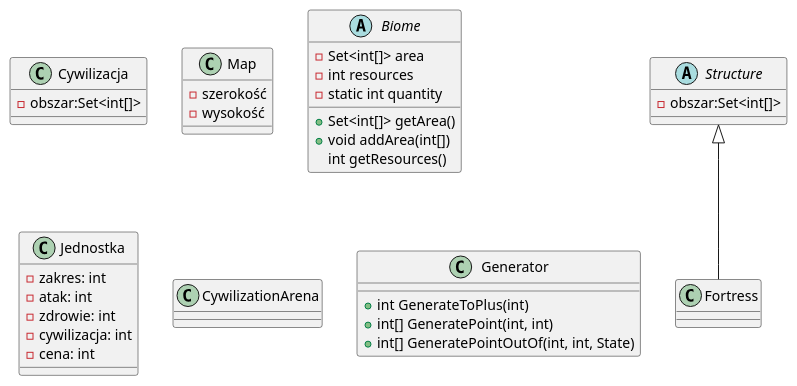
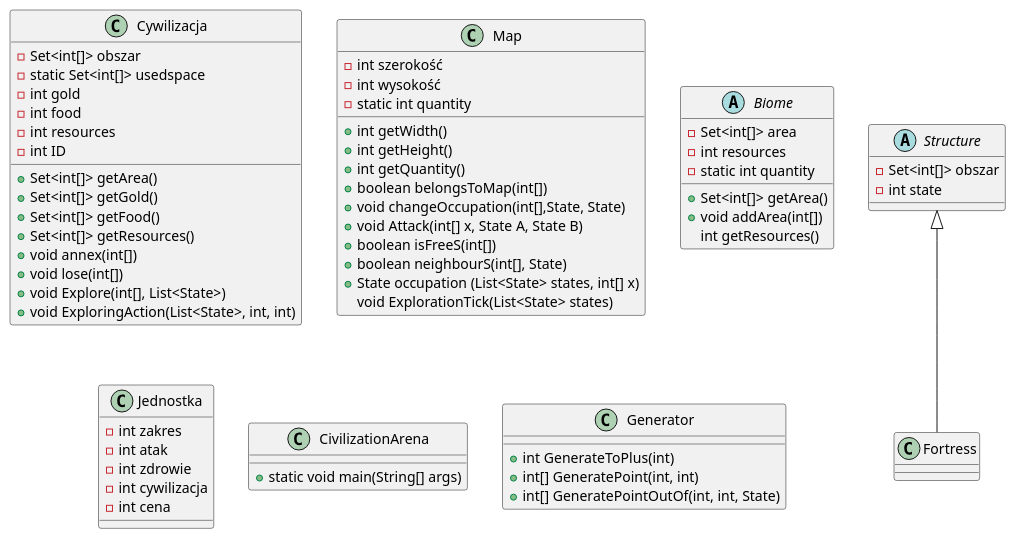
Before and after one commit to MiloszCzaniecki/CivilizationArena: the diagram in src/Diagramyklas.puml, drawn with PlantUML. The commit also changed 1 other file, not shown here.

```diff
--- a/src/Diagramyklas.puml
+++ b/src/Diagramyklas.puml
@@ -1,40 +1,72 @@
 @startuml
 'https://plantuml.com/class-diagram
 
 abstract class Structure
-Structure : -obszar:Set<int[]>
+Structure : -Set<int[]> obszar
+Structure : -int state
 class Cywilizacja
-Cywilizacja : -obszar:Set<int[]>
+Cywilizacja : -Set<int[]> obszar
+Cywilizacja : -static Set<int[]> usedspace
+Cywilizacja : -int gold
+Cywilizacja : -int food
+Cywilizacja : -int resources
+Cywilizacja : -int ID
+Cywilizacja : +Set<int[]> getArea()
+Cywilizacja : +Set<int[]> getGold()
+Cywilizacja : +Set<int[]> getFood()
+Cywilizacja : +Set<int[]> getResources()
+Cywilizacja : +void annex(int[])
+Cywilizacja : +void lose(int[])
+Cywilizacja : +void Explore(int[], List<State>)
+Cywilizacja : +void ExploringAction(List<State>, int, int)
+
+
 class Fortress extends Structure
 class Map
-Map : -szerokość
-Map : -wysokość
+Map : -int szerokość
+Map : -int wysokość
+Map : -static int quantity
+Map : +int getWidth()
+Map : +int getHeight()
+Map : +int getQuantity()
+Map : +boolean belongsToMap(int[])
+Map : +void changeOccupation(int[],State, State)
+Map : +void Attack(int[] x, State A, State B)
+Map : +boolean isFreeS(int[])
+Map : +boolean neighbourS(int[], State)
+Map : +State occupation (List<State> states, int[] x)
+Map : void ExplorationTick(List<State> states)
+
+
+
+
 abstract class Biome
 
 Biome : -Set<int[]> area
 Biome : -int resources
 Biome : -static int quantity
 Biome : +Set<int[]> getArea()
 Biome : +void addArea(int[])
 Biome : int getResources()
 class Jednostka
-Jednostka : -zakres: int
-Jednostka : -atak: int
-Jednostka : -zdrowie: int
-Jednostka : -cywilizacja: int
-Jednostka : -cena: int
+Jednostka : -int zakres
+Jednostka : -int atak
+Jednostka : -int zdrowie
+Jednostka : -int cywilizacja
+Jednostka : -int cena
 
-class CywilizationArena
+class CivilizationArena
+CivilizationArena : +static void main(String[] args)
 
 class Generator
 
 Generator : +int GenerateToPlus(int)
 Generator : +int[] GeneratePoint(int, int)
 Generator : +int[] GeneratePointOutOf(int, int, State)
 
 
 
 
 
 
 @enduml
```
